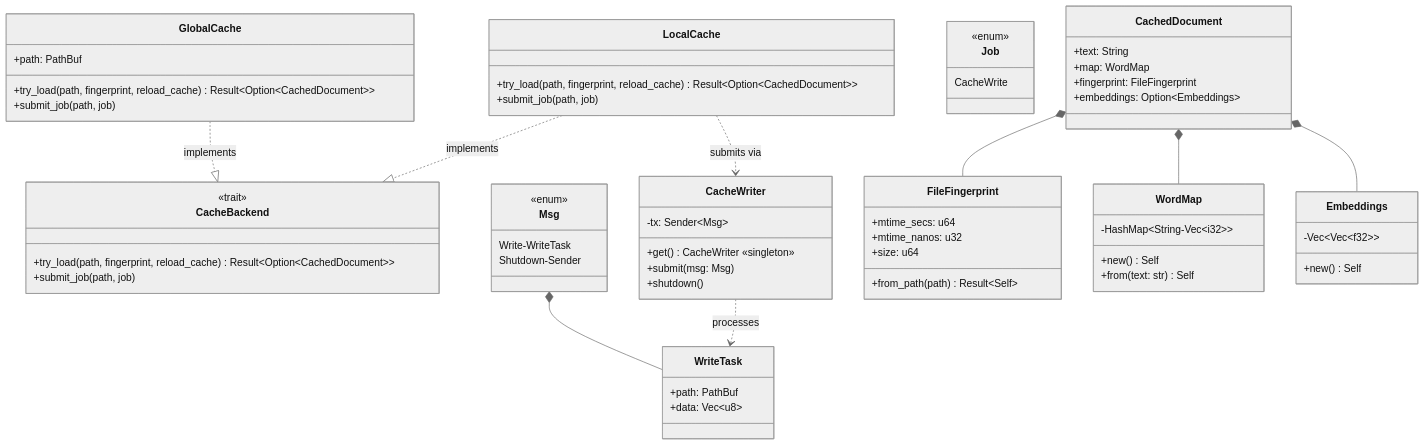
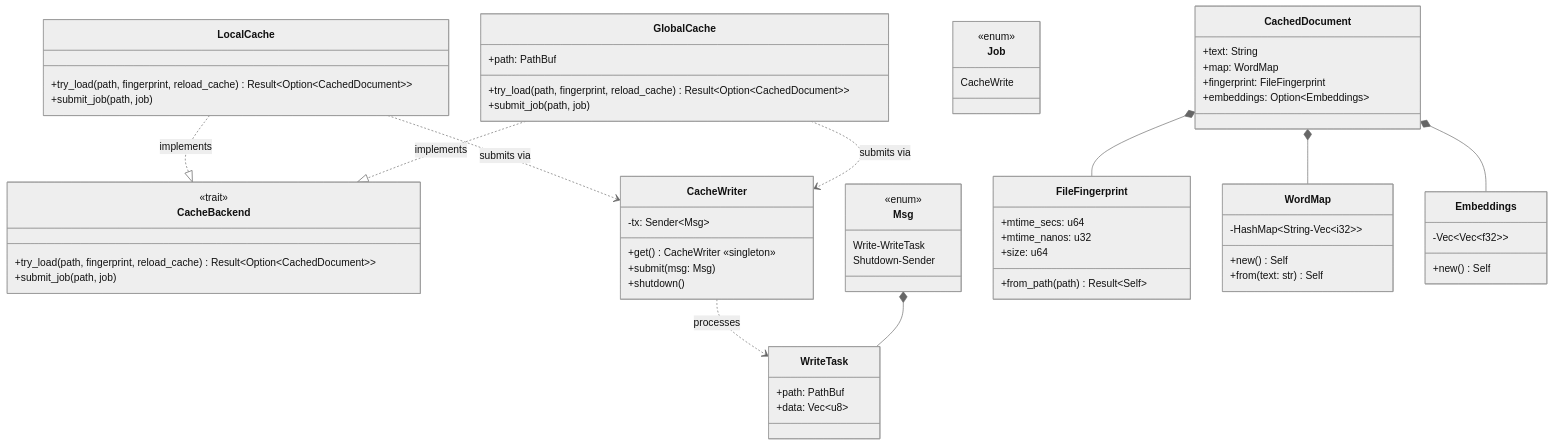
One commit to damian-ds7/zpr-scan-search changed the sixth of 8 diagrams in docs/architecture_uml.md. Above: the diagram before and after it, drawn with Mermaid (neutral theme). The commit also changed 2 other files, not shown here.

Commit message:
chore(global-cache): updated uml

```diff
--- a/docs/architecture_uml.md
+++ b/docs/architecture_uml.md
@@ -323,6 +323,7 @@
     }
 
     LocalCache ..> CacheWriter : submits via
+    GlobalCache ..> CacheWriter : submits via
 
     CacheWriter ..> WriteTask : processes
 
```
